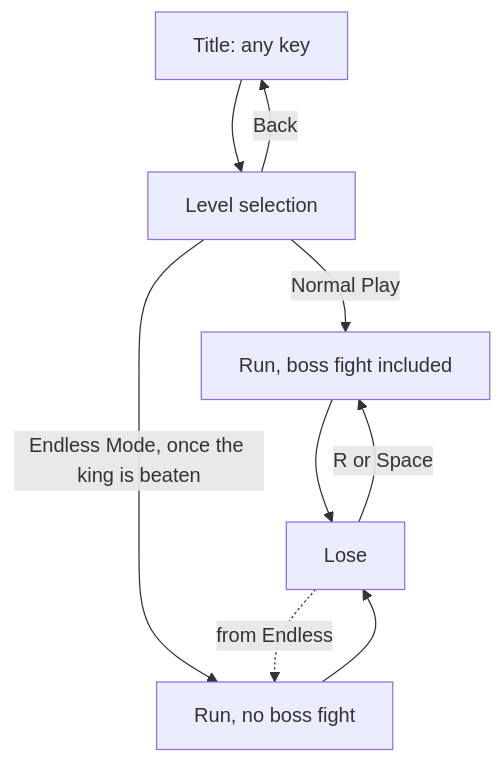
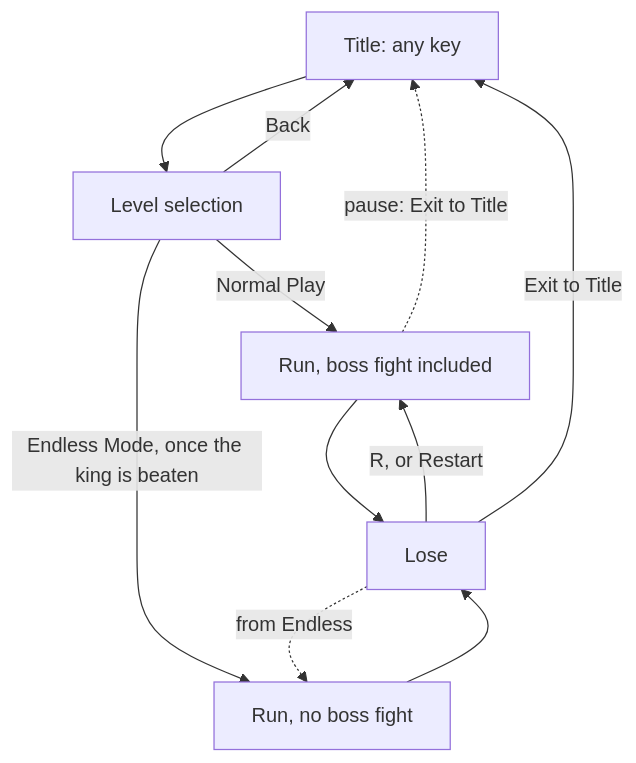
One commit to CSCI-526/Team4-Lu_Lu changed the second of 2 diagrams in docs/gameplay-loop-doc.md. Above: the diagram before and after it, drawn with Mermaid. The commit also changed other lines of this file and 11 other files, not shown here.

First line of the commit message:
pause & lose screens: Resume/Restart/Exit to Title menu w/ W/S, mouse, Space

````diff
--- a/docs/gameplay-loop-doc.md
+++ b/docs/gameplay-loop-doc.md
@@ -72,11 +72,13 @@
 ```mermaid
 graph TD
   Title[Title: any key] --> Select[Level selection]
   Select -->|Normal Play| Run[Run, boss fight included]
   Select -->|Endless Mode, once the king is beaten| Endless[Run, no boss fight]
   Select -->|Back| Title
   Run --> Lose[Lose]
   Endless --> Lose
-  Lose -->|R or Space| Run
+  Lose -->|R, or Restart| Run
+  Lose -->|Exit to Title| Title
+  Run -.->|pause: Exit to Title| Title
   Lose -.->|from Endless| Endless
 ```
````
